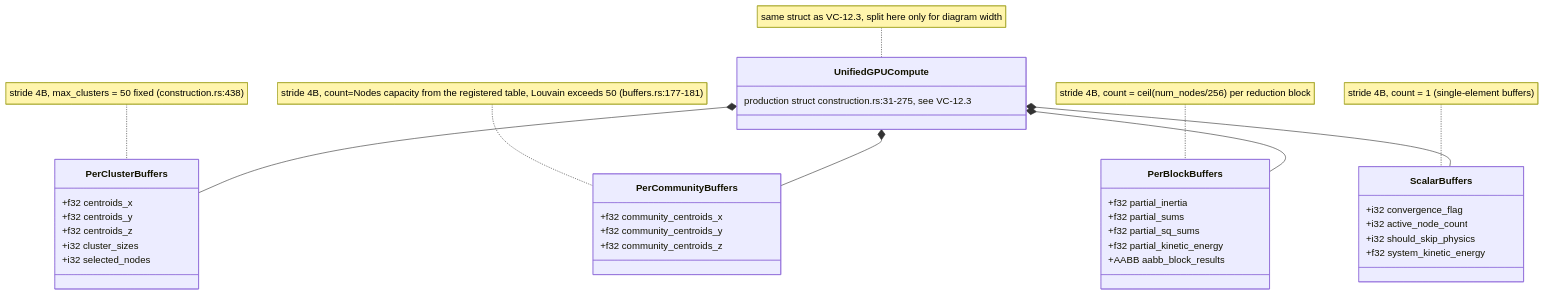
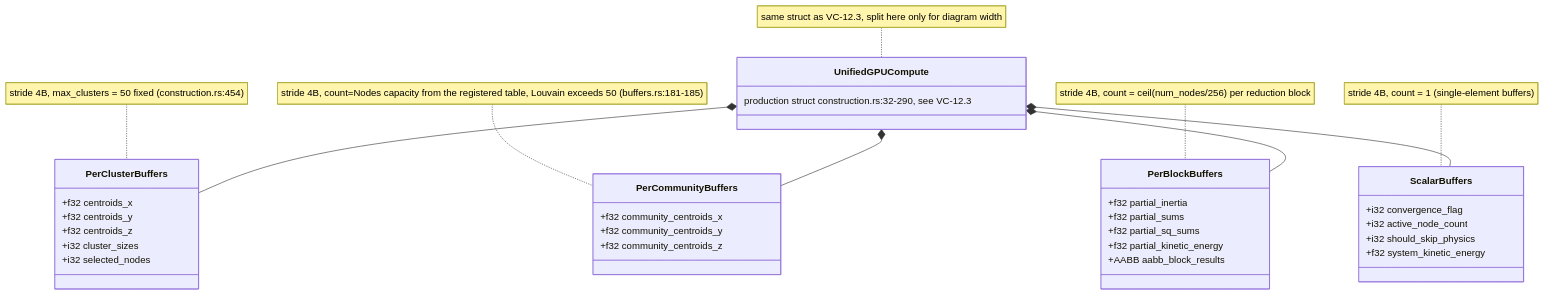
Before and after one commit to DreamLab-AI/VisionFlow: the fourth of 7 diagrams in docs/diagrams/visionclaw/12-simparams-abi-and-ptx.md, drawn with Mermaid. The commit also changed other lines of this file and 7 other files, not shown here.

First line of the commit message:
diagrams(visionclaw): re-verify VC-09..VC-16 at visionclaw 4900ec60

````diff
--- a/docs/diagrams/visionclaw/12-simparams-abi-and-ptx.md
+++ b/docs/diagrams/visionclaw/12-simparams-abi-and-ptx.md
@@ -258,41 +260,41 @@
 ```mermaid
 classDiagram
     class PerClusterBuffers {
         +f32 centroids_x
         +f32 centroids_y
         +f32 centroids_z
         +i32 cluster_sizes
         +i32 selected_nodes
     }
     class PerCommunityBuffers {
         +f32 community_centroids_x
         +f32 community_centroids_y
         +f32 community_centroids_z
     }
     class PerBlockBuffers {
         +f32 partial_inertia
         +f32 partial_sums
         +f32 partial_sq_sums
         +f32 partial_kinetic_energy
         +AABB aabb_block_results
     }
     class ScalarBuffers {
         +i32 convergence_flag
         +i32 active_node_count
         +i32 should_skip_physics
         +f32 system_kinetic_energy
     }
     class UnifiedGPUCompute {
-        production struct construction.rs:31-275, see VC-12.3
+        production struct construction.rs:32-290, see VC-12.3
     }
     UnifiedGPUCompute *-- PerClusterBuffers
     UnifiedGPUCompute *-- PerCommunityBuffers
     UnifiedGPUCompute *-- PerBlockBuffers
     UnifiedGPUCompute *-- ScalarBuffers
 
-    note for PerClusterBuffers "stride 4B, max_clusters = 50 fixed (construction.rs:438)"
-    note for PerCommunityBuffers "stride 4B, count=Nodes capacity from the registered table, Louvain exceeds 50 (buffers.rs:177-181)"
+    note for PerClusterBuffers "stride 4B, max_clusters = 50 fixed (construction.rs:454)"
+    note for PerCommunityBuffers "stride 4B, count=Nodes capacity from the registered table, Louvain exceeds 50 (buffers.rs:181-185)"
     note for PerBlockBuffers "stride 4B, count = ceil(num_nodes/256) per reduction block"
     note for ScalarBuffers "stride 4B, count = 1 (single-element buffers)"
     note for UnifiedGPUCompute "same struct as VC-12.3, split here only for diagram width"
 ```
````
